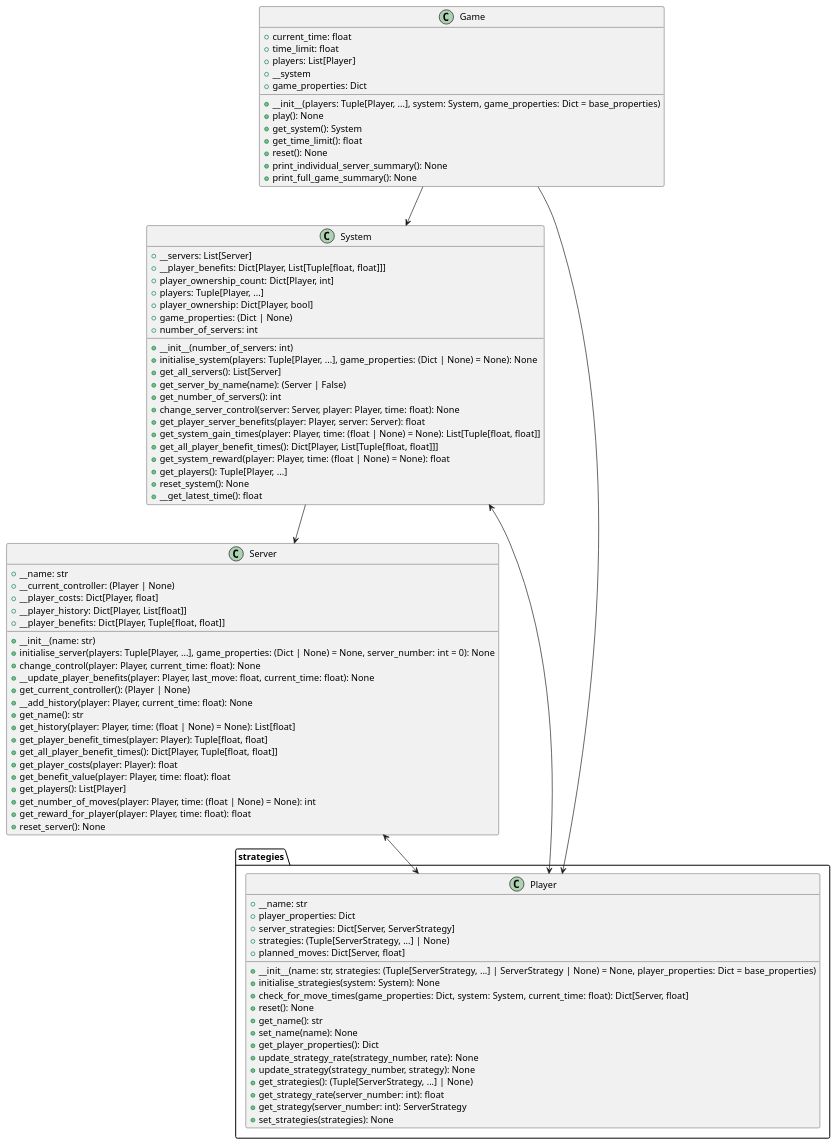
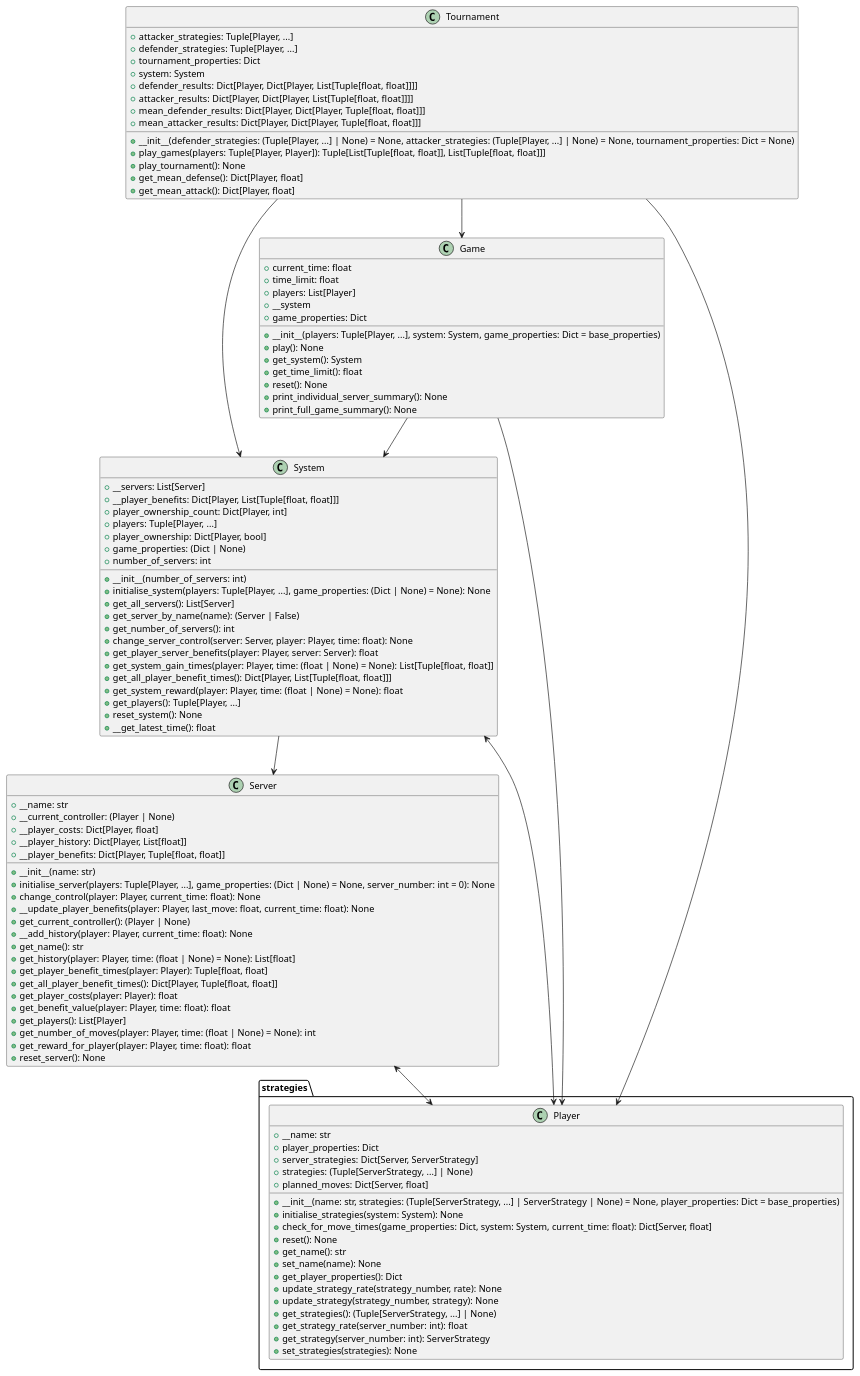
The diagram in DOCS/class-diagram.puml (ruipimentel/FlipThem-Simulation), drawn with PlantUML before and after one commit. The commit also changed 1 other file, not shown here.

Commit message:
Increments documentation on `Tournament` class.

```diff
--- a/DOCS/class-diagram.puml
+++ b/DOCS/class-diagram.puml
@@ -1,96 +1,115 @@
 @startuml "class-diagram"
+
+class Tournament {
+  + {field} attacker_strategies: Tuple[Player, ...]
+  + {field} defender_strategies: Tuple[Player, ...]
+  + {field} tournament_properties: Dict
+  + {field} system: System
+  + {field} defender_results: Dict[Player, Dict[Player, List[Tuple[float, float]]]]
+  + {field} attacker_results: Dict[Player, Dict[Player, List[Tuple[float, float]]]]
+  + {field} mean_defender_results: Dict[Player, Dict[Player, Tuple[float, float]]]
+  + {field} mean_attacker_results: Dict[Player, Dict[Player, Tuple[float, float]]]
+  + __init__(defender_strategies: (Tuple[Player, ...] | None) = None, attacker_strategies: (Tuple[Player, ...] | None) = None, tournament_properties: Dict = None)
+  + play_games(players: Tuple[Player, Player]): Tuple[List[Tuple[float, float]], List[Tuple[float, float]]]
+  + play_tournament(): None
+  + get_mean_defense(): Dict[Player, float]
+  + get_mean_attack(): Dict[Player, float]
+}
 
 class Game {
   + {field} current_time: float
   + {field} time_limit: float
   + {field} players: List[Player]
   + {field} __system
   + {field} game_properties: Dict
   + __init__(players: Tuple[Player, ...], system: System, game_properties: Dict = base_properties)
   + play(): None
   + get_system(): System
   + get_time_limit(): float
   + reset(): None
   + print_individual_server_summary(): None
   + print_full_game_summary(): None
 }
 
 class System {
   + {field} __servers: List[Server]
   + {field} __player_benefits: Dict[Player, List[Tuple[float, float]]]
   + {field} player_ownership_count: Dict[Player, int]
   + {field} players: Tuple[Player, ...]
   + {field} player_ownership: Dict[Player, bool]
   + {field} game_properties: (Dict | None)
   + {field} number_of_servers: int
   + __init__(number_of_servers: int)
   + initialise_system(players: Tuple[Player, ...], game_properties: (Dict | None) = None): None
   + get_all_servers(): List[Server]
   + get_server_by_name(name): (Server | False)
   + get_number_of_servers(): int
   + change_server_control(server: Server, player: Player, time: float): None
   + get_player_server_benefits(player: Player, server: Server): float
   + get_system_gain_times(player: Player, time: (float | None) = None): List[Tuple[float, float]]
   + get_all_player_benefit_times(): Dict[Player, List[Tuple[float, float]]]
   + get_system_reward(player: Player, time: (float | None) = None): float
   + get_players(): Tuple[Player, ...]
   + reset_system(): None
   + __get_latest_time(): float
 }
 
 class Server {
   + {field} __name: str
   + {field} __current_controller: (Player | None)
   + {field} __player_costs: Dict[Player, float]
   + {field} __player_history: Dict[Player, List[float]]
   + {field} __player_benefits: Dict[Player, Tuple[float, float]]
   + __init__(name: str)
   + initialise_server(players: Tuple[Player, ...], game_properties: (Dict | None) = None, server_number: int = 0): None
   + change_control(player: Player, current_time: float): None
   + __update_player_benefits(player: Player, last_move: float, current_time: float): None
   + get_current_controller(): (Player | None)
   + __add_history(player: Player, current_time: float): None
   + get_name(): str
   + get_history(player: Player, time: (float | None) = None): List[float]
   + get_player_benefit_times(player: Player): Tuple[float, float]
   + get_all_player_benefit_times(): Dict[Player, Tuple[float, float]]
   + get_player_costs(player: Player): float
   + get_benefit_value(player: Player, time: float): float
   + get_players(): List[Player]
   + get_number_of_moves(player: Player, time: (float | None) = None): int
   + get_reward_for_player(player: Player, time: float): float
   + reset_server(): None
 }
 
 namespace strategies {
 
   class Player {
     + {field} __name: str
     + {field} player_properties: Dict
     + {field} server_strategies: Dict[Server, ServerStrategy]
     + {field} strategies: (Tuple[ServerStrategy, ...] | None)
     + {field} planned_moves: Dict[Server, float]
     + __init__(name: str, strategies: (Tuple[ServerStrategy, ...] | ServerStrategy | None) = None, player_properties: Dict = base_properties)
     + initialise_strategies(system: System): None
     + check_for_move_times(game_properties: Dict, system: System, current_time: float): Dict[Server, float]
     + reset(): None
     + get_name(): str
     + set_name(name): None
     + get_player_properties(): Dict
     + update_strategy_rate(strategy_number, rate): None
     + update_strategy(strategy_number, strategy): None
     + get_strategies(): (Tuple[ServerStrategy, ...] | None)
     + get_strategy_rate(server_number: int): float
     + get_strategy(server_number: int): ServerStrategy
     + set_strategies(strategies): None
   }
 
 }
 
+Tournament --> Game
+Tournament --> System
+Tournament --> strategies.Player
 Game --> System
 Game --> strategies.Player
 System <--> strategies.Player
 System --> Server
 Server <--> strategies.Player
 
 @enduml
```
